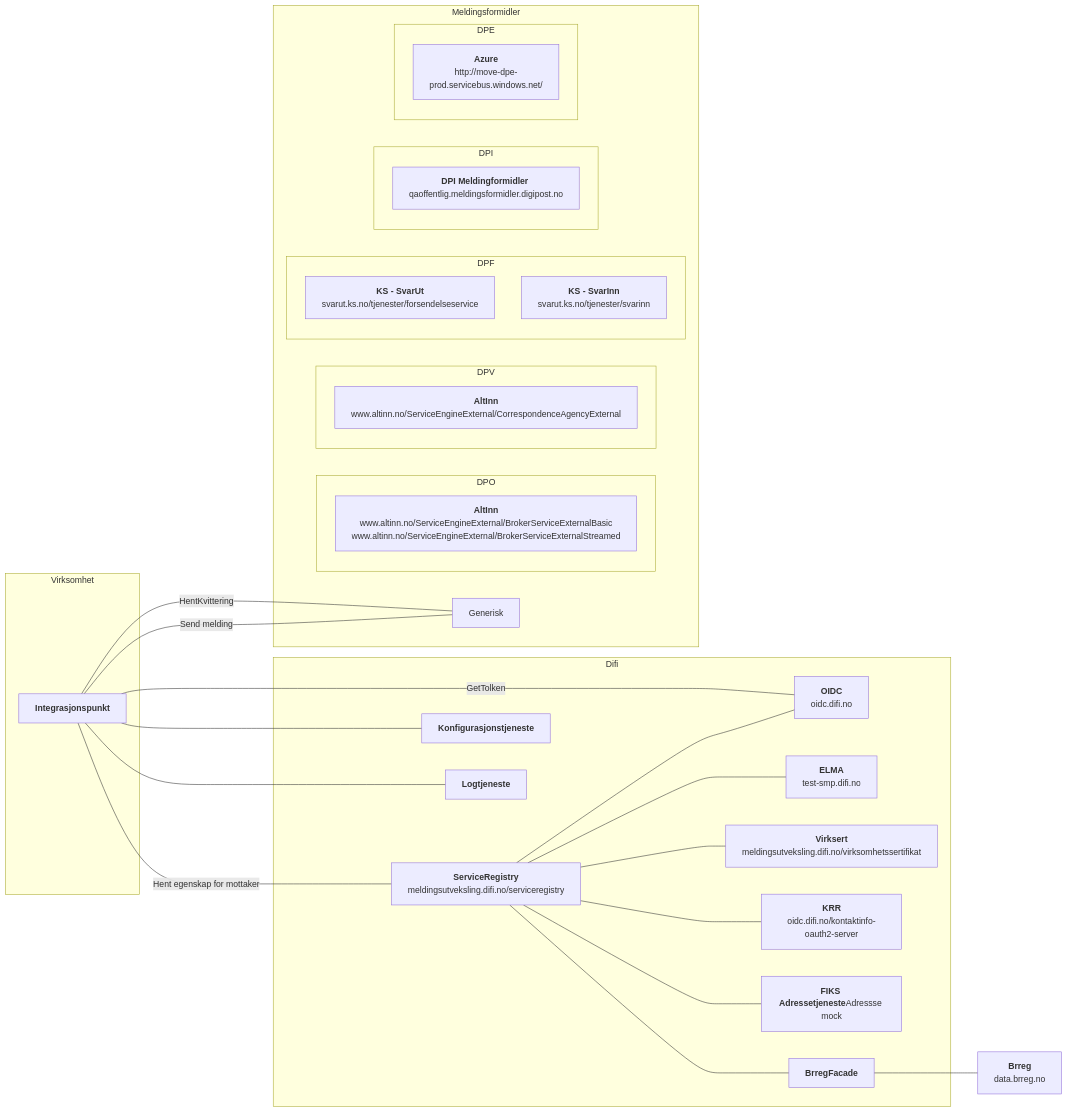
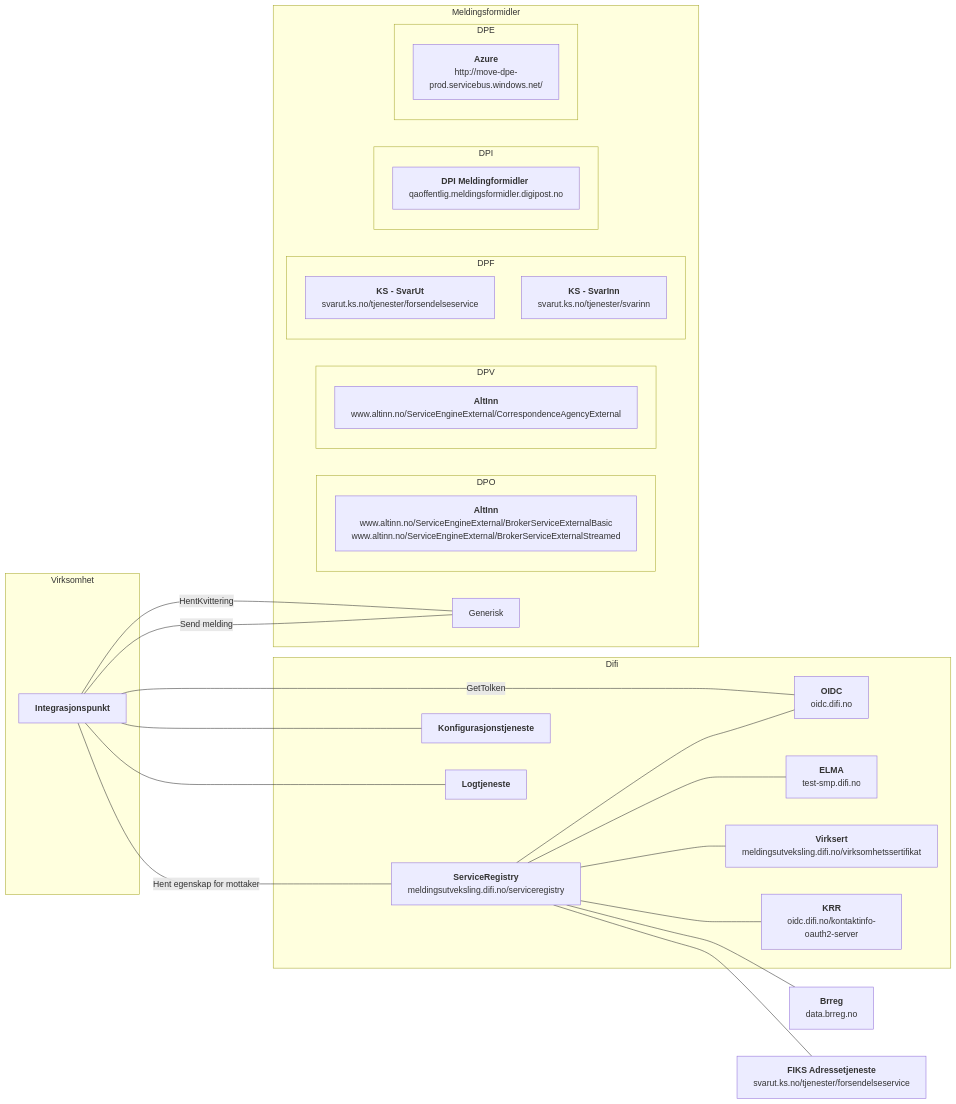
The first of 2 diagrams in pages/Integrasjonspunktet/environment.md (difi/eformidling), drawn with Mermaid before and after one commit. The commit also changed 2 other files, not shown here.

Commit message:
Endret miljødiagram

```diff
--- a/pages/Integrasjonspunktet/environment.md
+++ b/pages/Integrasjonspunktet/environment.md
@@ -17,49 +17,46 @@
 <div class="mermaid">
 graph LR 
     subgraph Virksomhet
         IP[<b>Integrasjonspunkt</b><br>]
     end
     subgraph Difi
         SR[<b>ServiceRegistry</b><br>meldingsutveksling.difi.no/serviceregistry]
         OIDC[<b>OIDC</b><br>oidc.difi.no]
         ELMA[<b>ELMA</b><br>test-smp.difi.no] 
         Virksert[<b>Virksert</b><br>meldingsutveksling.difi.no/virksomhetssertifikat] 
-        KRR[<b>KRR</b><br>oidc.difi.no/kontaktinfo-oauth2-server] 
-        FiksMock[<b>FIKS Adressetjeneste</b>Adressse mock]
-        BrregFacade[<b>BrregFacade</b>]
+        KRR[<b>KRR</b><br>oidc.difi.no/kontaktinfo-oauth2-server]                 
         Konfig[<b>Konfigurasjonstjeneste</b><br>]
         Log[<b>Logtjeneste</b>]
     end
     subgraph Meldingsformidler
         subgraph DPO
         mfDpo[<b>AltInn</b><br>www.altinn.no/ServiceEngineExternal/BrokerServiceExternalBasic<br>www.altinn.no/ServiceEngineExternal/BrokerServiceExternalStreamed]
         end   
         subgraph DPV
         MfDpv[<b>AltInn</b><br>www.altinn.no/ServiceEngineExternal/CorrespondenceAgencyExternal]
         end
         subgraph DPF
         mfSvarUt[<b>KS - SvarUt</b><br>svarut.ks.no/tjenester/forsendelseservice]
         mfSvarInn[<b>KS - SvarInn</b><br>svarut.ks.no/tjenester/svarinn]
         end
         subgraph DPI
         MfDpi[<b>DPI Meldingformidler</b> <br>qaoffentlig.meldingsformidler.digipost.no]
         end
         subgraph DPE
         MfDpe[<b>Azure</b><br>http://move-dpe-prod.servicebus.windows.net/]
         end
         Generisk 
     end
     IP -- Hent egenskap for mottaker--- SR
     SR---ELMA
     SR---KRR
     SR---Virksert
     SR---OIDC
-    SR---BrregFacade
-    SR---FiksMock
-    BrregFacade ---Brreg[<b>Brreg</b><br>data.brreg.no]
+    SR---Brreg[<b>Brreg</b><br>data.brreg.no]
+    SR---FiksAdresse[<b>FIKS Adressetjeneste</b><br>svarut.ks.no/tjenester/forsendelseservice]
     IP -- Send melding --- Generisk 
     IP -- HentKvittering --- Generisk 
     IP -- GetTolken --- OIDC
     IP --- Konfig
     IP --- Log
 </div>
```
